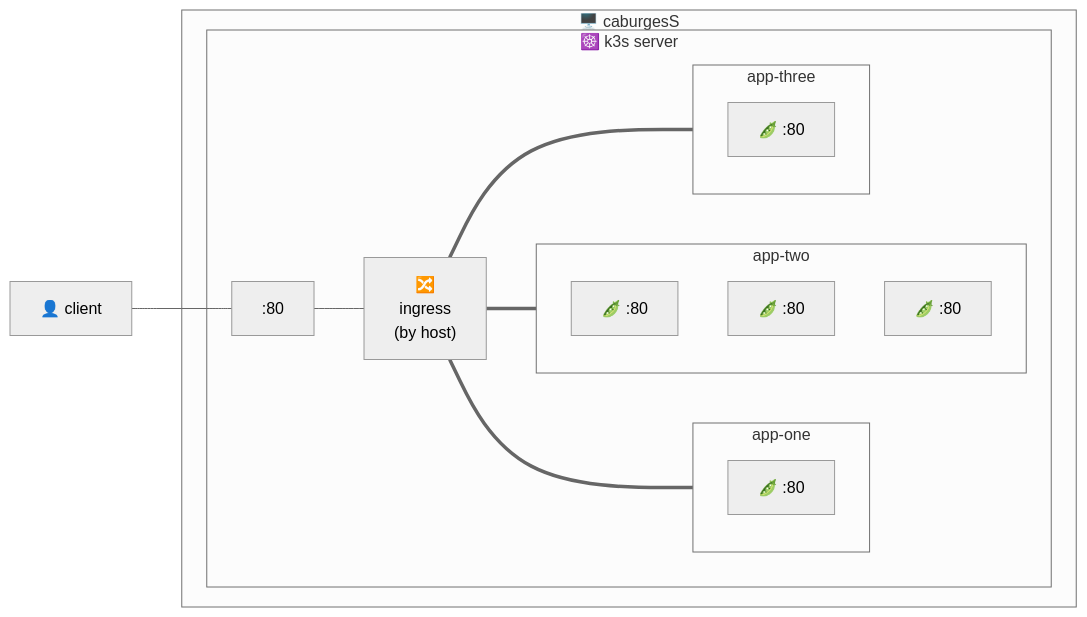
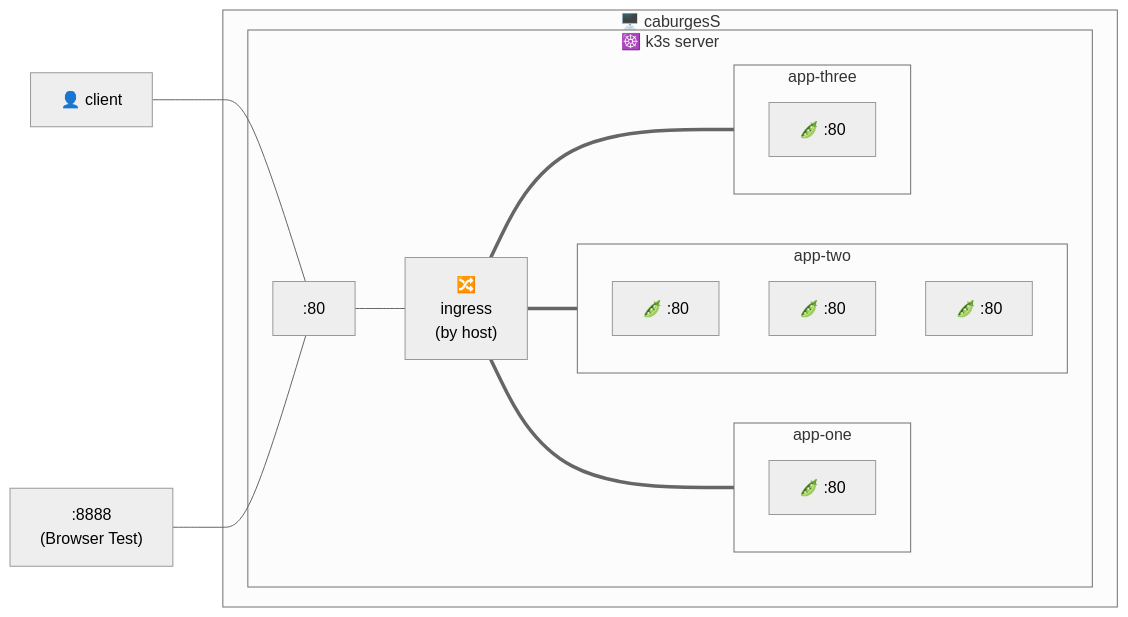
Before and after one commit to 047cburgess/inception-of-things: the second of 4 diagrams in README.md, drawn with Mermaid (neutral theme).

Commit message:
Fix mermaid diagram formatting in README

````diff
--- a/README.md
+++ b/README.md
@@ -30,28 +30,30 @@
 ```mermaid
 flowchart LR
     client["👤 client"]
+    p8888[":8888\n(Browser Test)"]
     subgraph server["🖥️ caburgesS"]
         subgraph k3s["☸️ k3s server"]
             p80[":80"]
             ingress["🔀 
                      ingress
                      (by host)"]
             subgraph app_one["app-one"]
                 pod1["🫛 :80"]
             end
             subgraph app_two["app-two"]
                 pod2a["🫛 :80"]
                 pod2b["🫛 :80"]
                 pod2c["🫛 :80"]
             end
             subgraph app_three["app-three"]
                 pod3["🫛 :80"]
             end
         end
     end
     p80 --- ingress
     client --- p80
+    p8888 --- p80
     ingress === app_one
     ingress === app_two
     ingress === app_three
 ```
````
